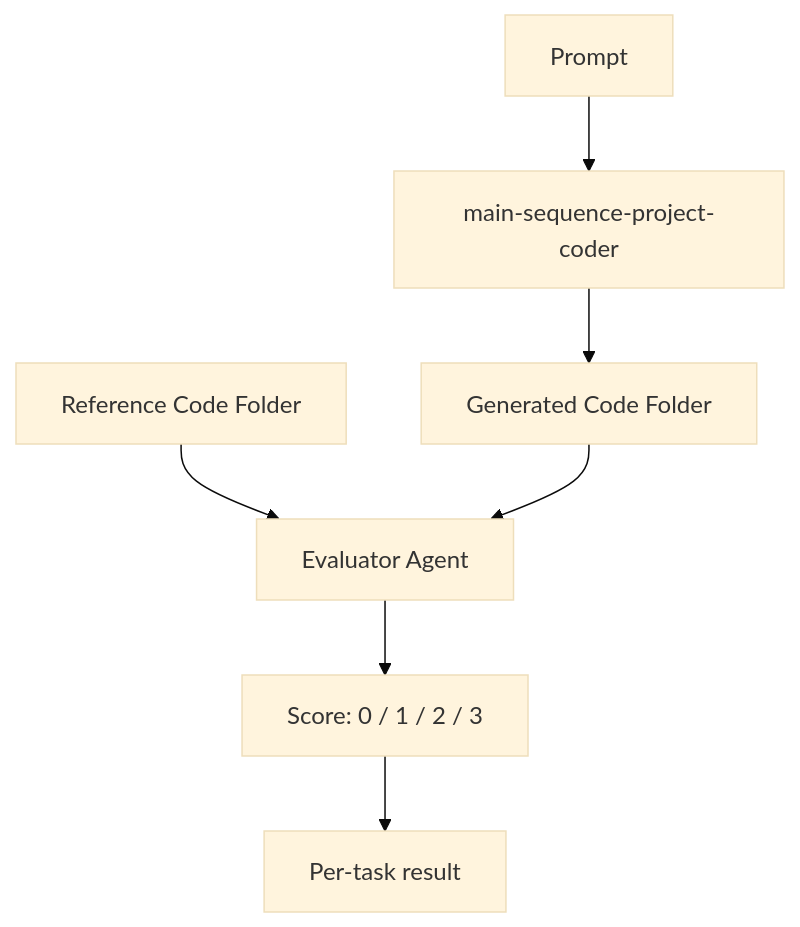
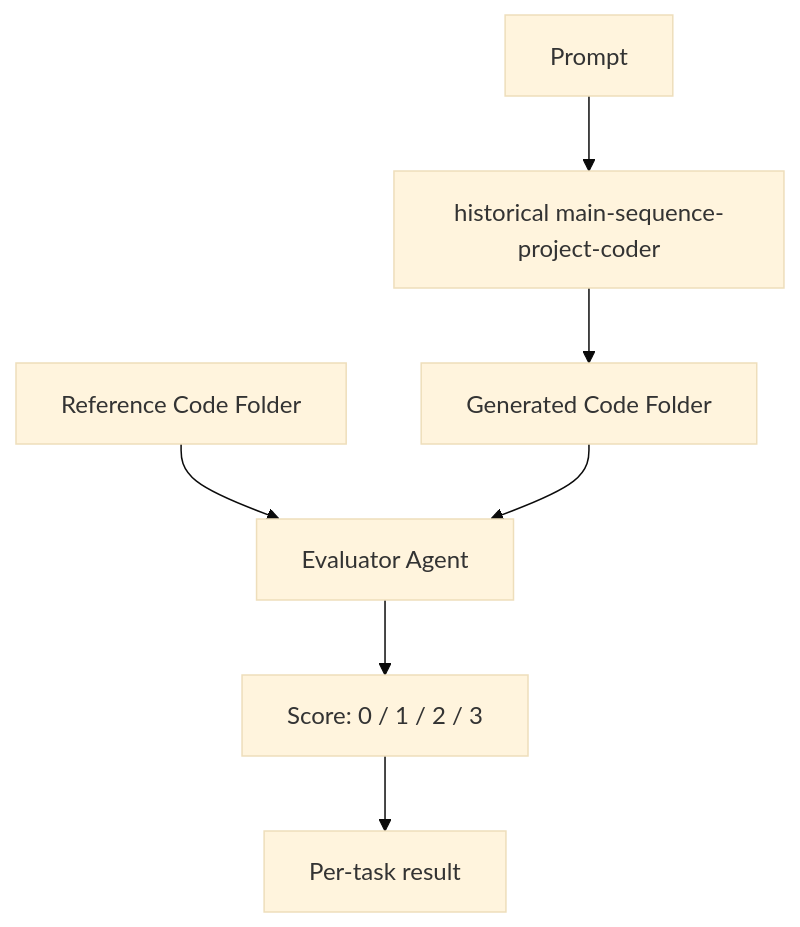
Before and after one commit to mainsequence-sdk/ms-tau-sdk: the first of 2 diagrams in docs/reserach_guide/research_guide.md, drawn with Mermaid (base theme). The commit also changed other lines of this file and 74 other files, not shown here.

Commit message:
removed project coder

````diff
--- a/docs/reserach_guide/research_guide.md
+++ b/docs/reserach_guide/research_guide.md
@@ -59,9 +69,9 @@
 ```mermaid
 flowchart TD
-    A[Prompt] --> B[main-sequence-project-coder]
+    A[Prompt] --> B["historical main-sequence-project-coder"]
     B --> C[Generated Code Folder]
     D[Reference Code Folder] --> E[Evaluator Agent]
     C --> E
     E --> F[Score: 0 / 1 / 2 / 3]
     F --> G[Per-task result]
 ```
````
